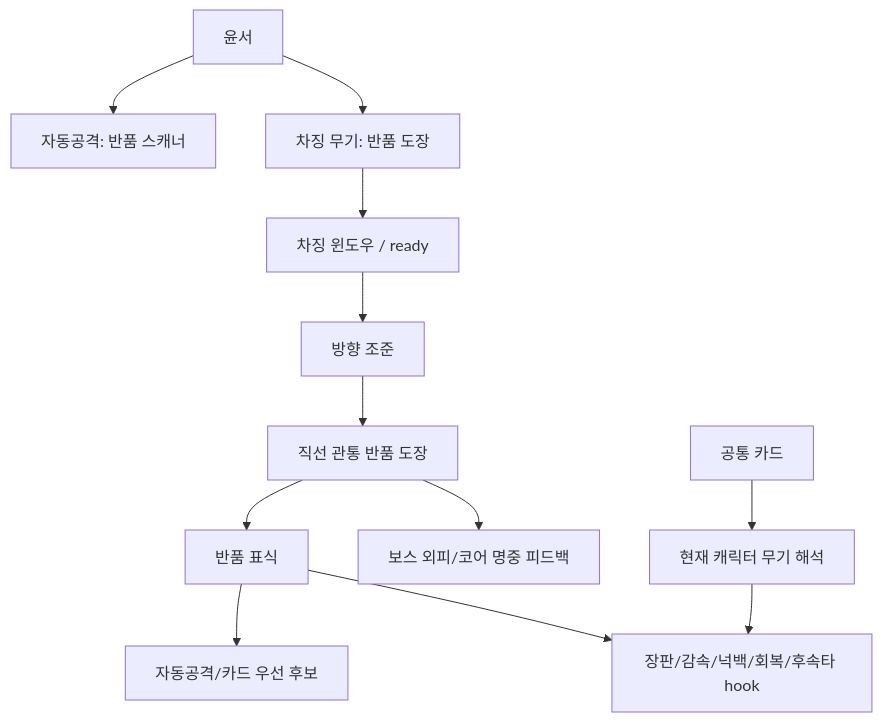
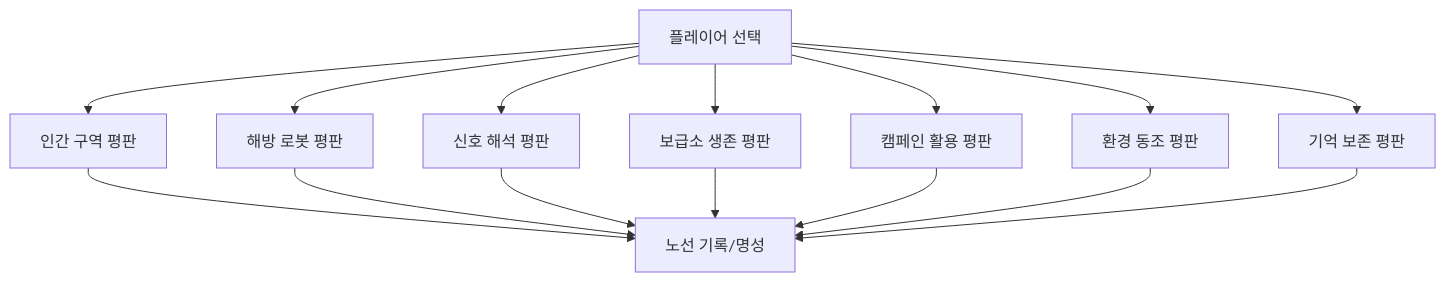
One commit to chaosdeity/atomic-ad-survivors changed diagram 12 of 13 in SYSTEM_FLOW_DIAGRAMS.md. Above: the diagram before and after it, drawn with Mermaid. The commit also changed other lines of this file and 29 other files, not shown here.

Commit message:
docs: add 0.2 architecture references

````diff
--- a/SYSTEM_FLOW_DIAGRAMS.md
+++ b/SYSTEM_FLOW_DIAGRAMS.md
@@ -700,14 +423,27 @@
 ```mermaid
 flowchart TD
-    Character["윤서"] --> Auto["자동공격: 반품 스캐너"]
-    Character --> ChargeWeapon["차징 무기: 반품 도장"]
-    ChargeWeapon --> Window["차징 윈도우 / ready"]
-    Window --> Aim["방향 조준"]
-    Aim --> Fire["직선 관통 반품 도장"]
-    Fire --> Mark["반품 표식"]
-    Mark --> Priority["자동공격/카드 우선 후보"]
-    Mark --> Aftereffects["장판/감속/넉백/회복/후속타 hook"]
-    Fire --> BossFeedback["보스 외피/코어 명중 피드백"]
-    Cards["공통 카드"] --> Interpretation["현재 캐릭터 무기 해석"]
-    Interpretation --> Aftereffects
+    Choice["플레이어 선택"]
+    Human["인간 구역 평판"]
+    Robot["해방 로봇 평판"]
+    Signal["신호 해석 평판"]
+    Survival["보급소 생존 평판"]
+    CampaignUse["캠페인 활용 평판"]
+    Environment["환경 동조 평판"]
+    Memory["기억 보존 평판"]
+    RouteRecord["노선 기록/명성"]
+
+    Choice --> Human
+    Choice --> Robot
+    Choice --> Signal
+    Choice --> Survival
+    Choice --> CampaignUse
+    Choice --> Environment
+    Choice --> Memory
+    Human --> RouteRecord
+    Robot --> RouteRecord
+    Signal --> RouteRecord
+    Survival --> RouteRecord
+    CampaignUse --> RouteRecord
+    Environment --> RouteRecord
+    Memory --> RouteRecord
 ```
````
